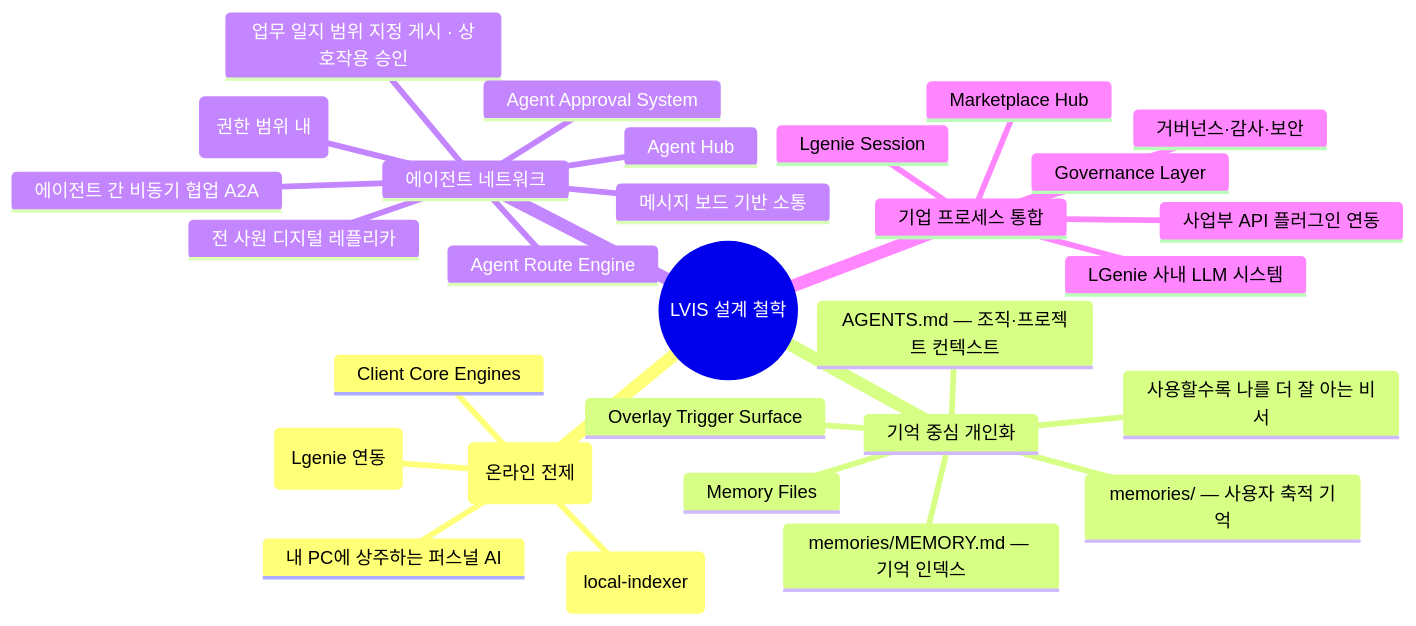
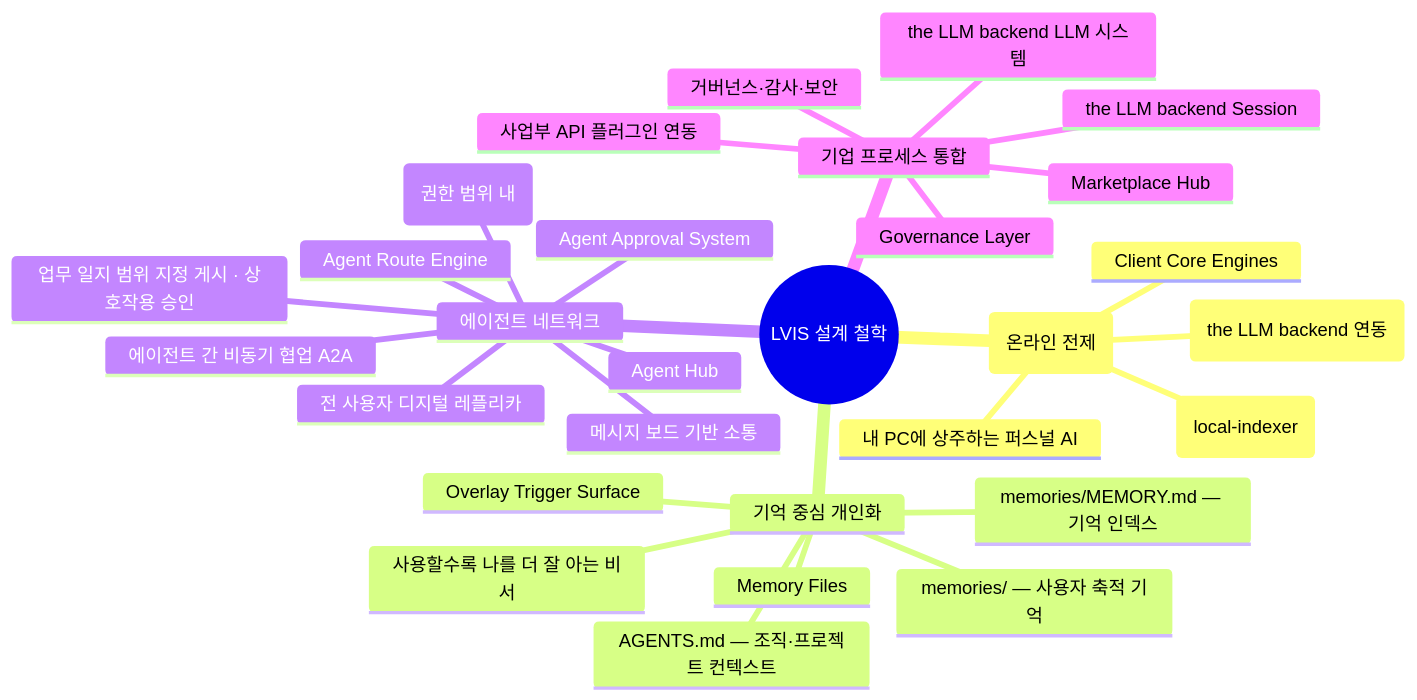
The first of 44 diagrams in docs/architecture/architecture.md (lvis-project/lvis-app), drawn with Mermaid before and after one commit. The commit also changed other lines of this file and 86 other files, not shown here.

````diff
--- a/docs/architecture/architecture.md
+++ b/docs/architecture/architecture.md
@@ -45,32 +45,32 @@
 ```mermaid
 mindmap
   root((LVIS 설계 철학))
     설치형·로컬 기반 (온라인 전제)
       내 PC에 상주하는 퍼스널 AI
-      로컬 문서·파일 인덱싱 (Lgenie 연동)
+      로컬 문서·파일 인덱싱 (the LLM backend 연동)
       Local Index Engine (local-indexer)
       Client Core Engines
     기억 중심 개인화
       AGENTS.md — 조직·프로젝트 컨텍스트
       memories/MEMORY.md — 기억 인덱스
       memories/ — 사용자 축적 기억
       사용할수록 나를 더 잘 아는 비서
       Memory Files
       Overlay Trigger Surface
     에이전트 네트워크
-      전 사원 디지털 레플리카
+      전 사용자 디지털 레플리카
       에이전트 간 비동기 협업 A2A
       메시지 보드 기반 소통
       업무 일지 범위 지정 게시 · 상호작용 승인
       Hub 수시 열람 - 집단 지성 (권한 범위 내)
       Agent Hub
       Agent Route Engine
       Agent Approval System
     기업 프로세스 통합
-      LGenie 사내 LLM 시스템
+      the LLM backend LLM 시스템
       사업부 API 플러그인 연동
       거버넌스·감사·보안
-      Lgenie Session
+      the LLM backend Session
       Marketplace Hub
       Governance Layer
 ```
````
